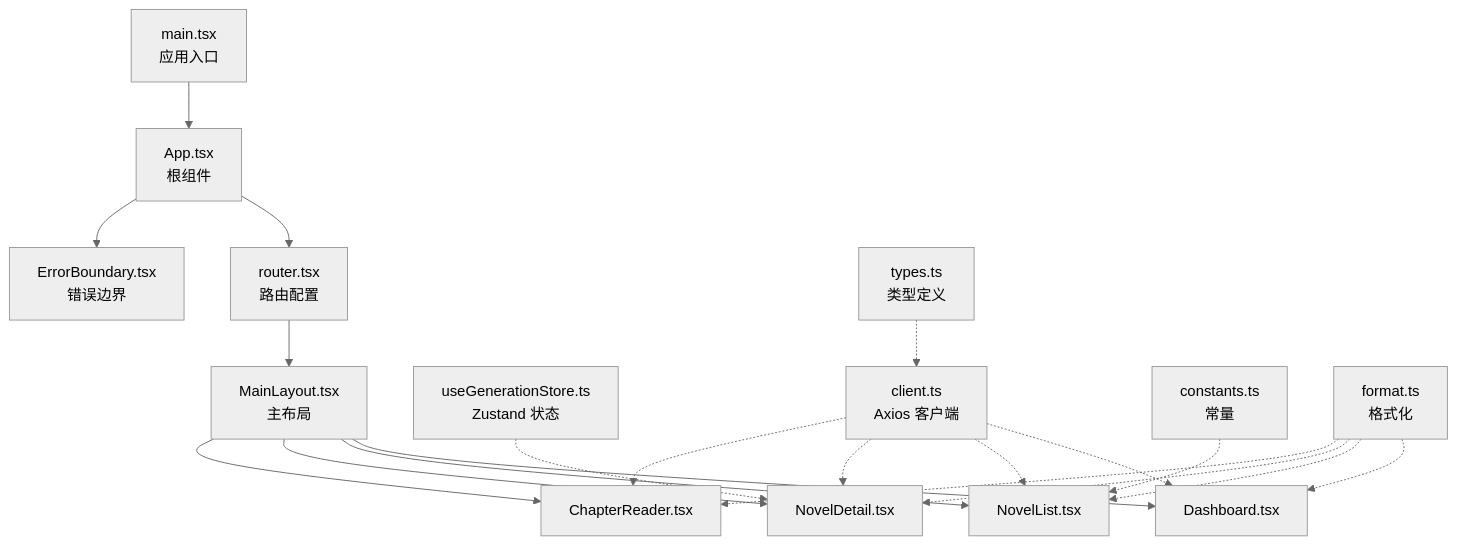
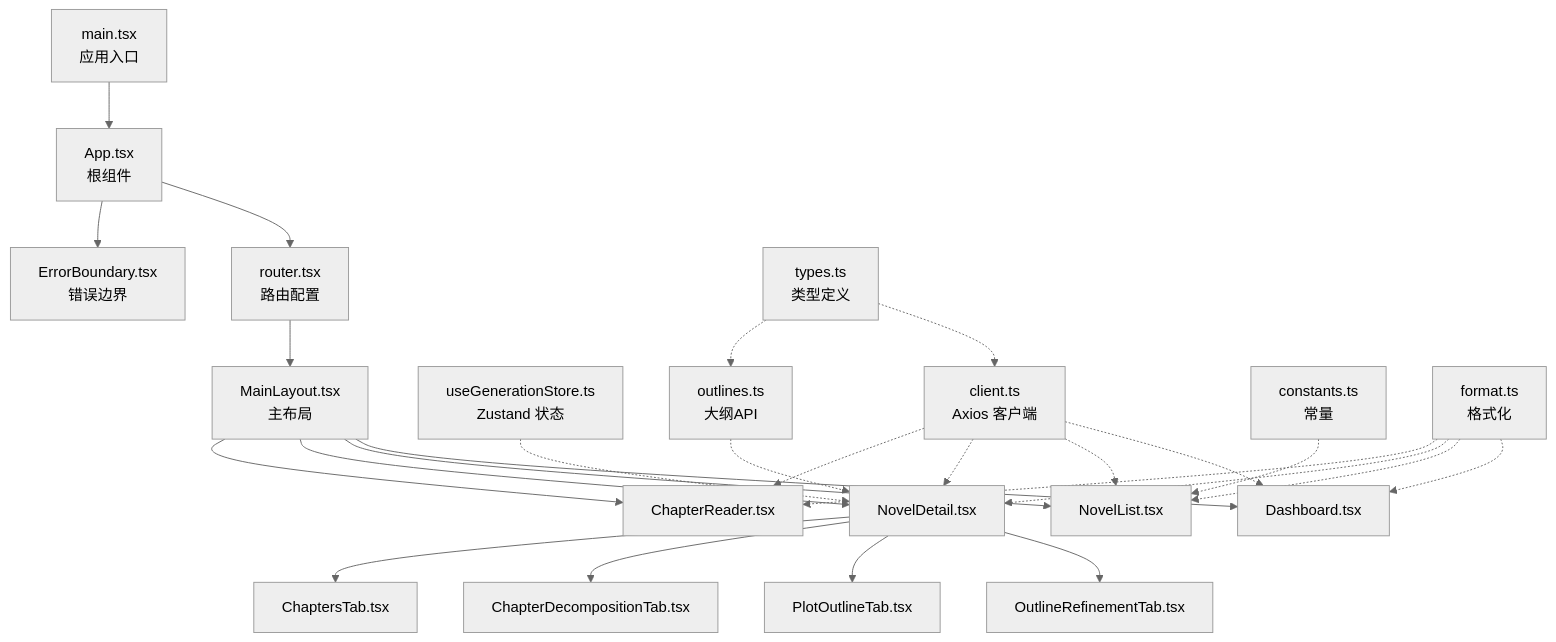
The first of 9 diagrams in .qoder/repowiki/zh/content/前端架构/前端架构.md (xfbyxq/ai-novel-system), drawn with Mermaid (neutral theme) before and after one commit. The commit also changed other lines of this file and 6 other files, not shown here.

First line of the commit message:
feat(architecture): 完善智能体系统核心组件与架构文档

````diff
--- a/.qoder/repowiki/zh/content/前端架构/前端架构.md
+++ b/.qoder/repowiki/zh/content/前端架构/前端架构.md
@@ -47,22 +56,28 @@
 ```mermaid
 graph TB
 A["main.tsx<br/>应用入口"] --> B["App.tsx<br/>根组件"]
 B --> C["router.tsx<br/>路由配置"]
 C --> D["MainLayout.tsx<br/>主布局"]
 D --> E["Dashboard.tsx"]
 D --> F["NovelList.tsx"]
 D --> G["NovelDetail.tsx"]
-D --> H["ChapterReader.tsx"]
-B --> I["ErrorBoundary.tsx<br/>错误边界"]
-J["useGenerationStore.ts<br/>Zustand 状态"] -.-> G
-K["client.ts<br/>Axios 客户端"] -.-> E
-K -.-> F
-K -.-> G
-K -.-> H
-L["types.ts<br/>类型定义"] -.-> K
-M["constants.ts<br/>常量"] -.-> F
-N["format.ts<br/>格式化"] -.-> E
-N -.-> F
-N -.-> G
-N -.-> H
+G --> H["OutlineRefinementTab.tsx"]
+G --> I["PlotOutlineTab.tsx"]
+G --> J["ChapterDecompositionTab.tsx"]
+G --> K["ChaptersTab.tsx"]
+D --> L["ChapterReader.tsx"]
+B --> M["ErrorBoundary.tsx<br/>错误边界"]
+N["useGenerationStore.ts<br/>Zustand 状态"] -.-> G
+O["client.ts<br/>Axios 客户端"] -.-> E
+O -.-> F
+O -.-> G
+O -.-> L
+P["outlines.ts<br/>大纲API"] -.-> G
+Q["types.ts<br/>类型定义"] -.-> O
+Q -.-> P
+R["constants.ts<br/>常量"] -.-> F
+S["format.ts<br/>格式化"] -.-> E
+S -.-> F
+S -.-> G
+S -.-> L
 ```
````
